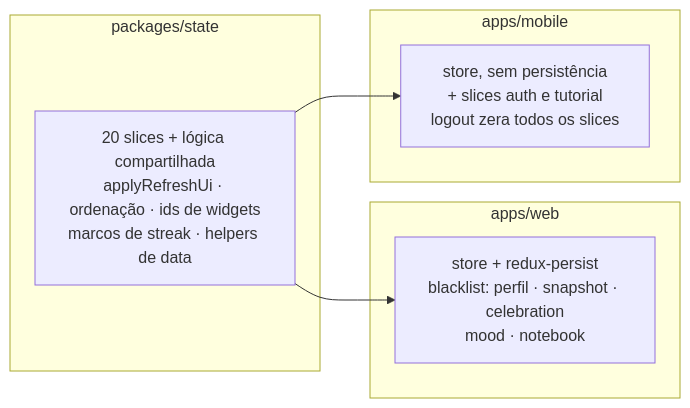
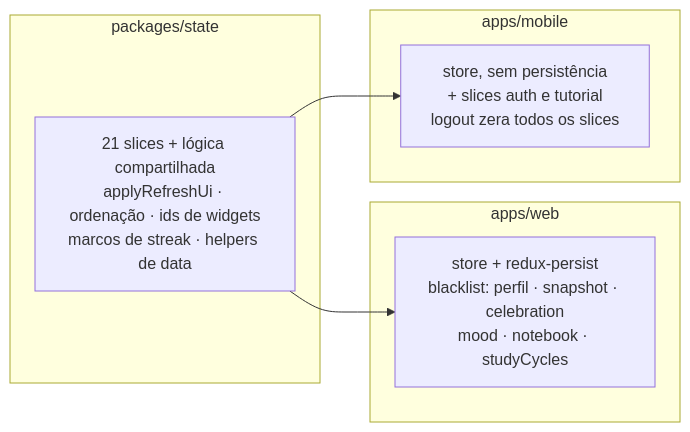
Before and after one commit to AndDev741/Beyou-arch-design: the first of 2 diagrams in architecture/redux-data/pt.md, drawn with Mermaid. The commit also changed other lines of this file and 33 other files, not shown here.

````diff
--- a/architecture/redux-data/pt.md
+++ b/architecture/redux-data/pt.md
@@ -12,17 +12,17 @@
 ```mermaid
 flowchart LR
   subgraph pkg["packages/state"]
-    SLICES["20 slices + lógica compartilhada<br/>applyRefreshUi · ordenação · ids de widgets<br/>marcos de streak · helpers de data"]
+    SLICES["21 slices + lógica compartilhada<br/>applyRefreshUi · ordenação · ids de widgets<br/>marcos de streak · helpers de data"]
   end
 
   subgraph web["apps/web"]
-    WSTORE["store + redux-persist<br/>blacklist: perfil · snapshot · celebration<br/>mood · notebook"]
+    WSTORE["store + redux-persist<br/>blacklist: perfil · snapshot · celebration<br/>mood · notebook · studyCycles"]
   end
 
   subgraph mobile["apps/mobile"]
     MSTORE["store, sem persistência<br/>+ slices auth e tutorial<br/>logout zera todos os slices"]
   end
 
   SLICES --> WSTORE
   SLICES --> MSTORE
 ```
````
